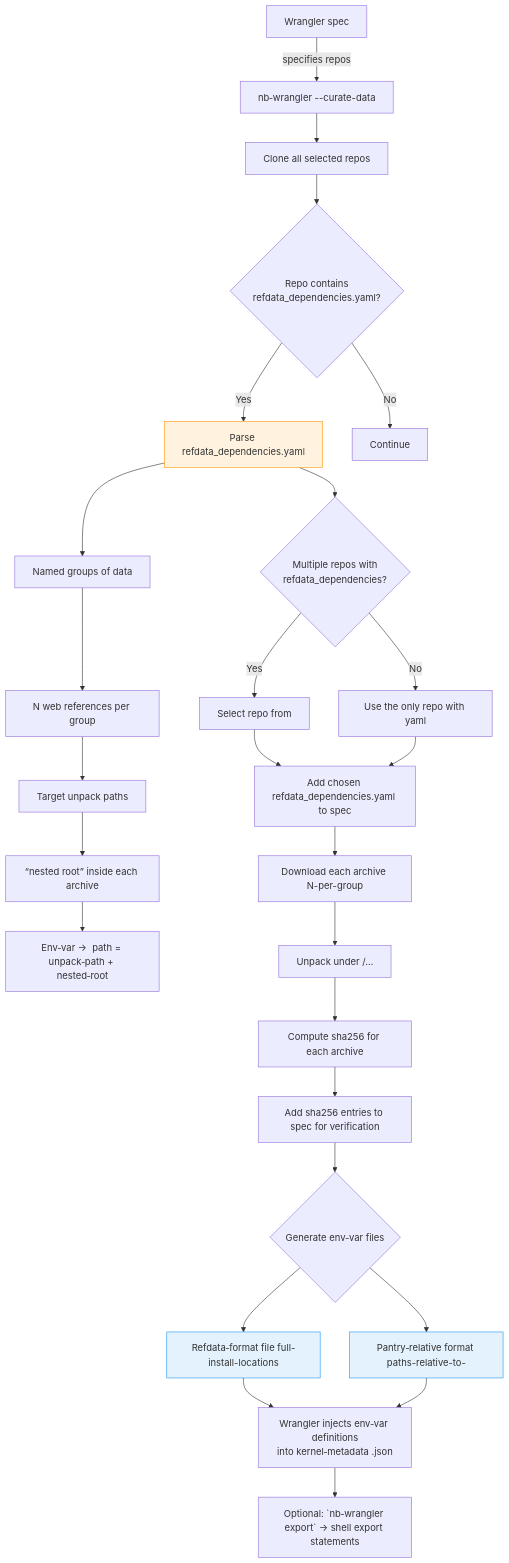
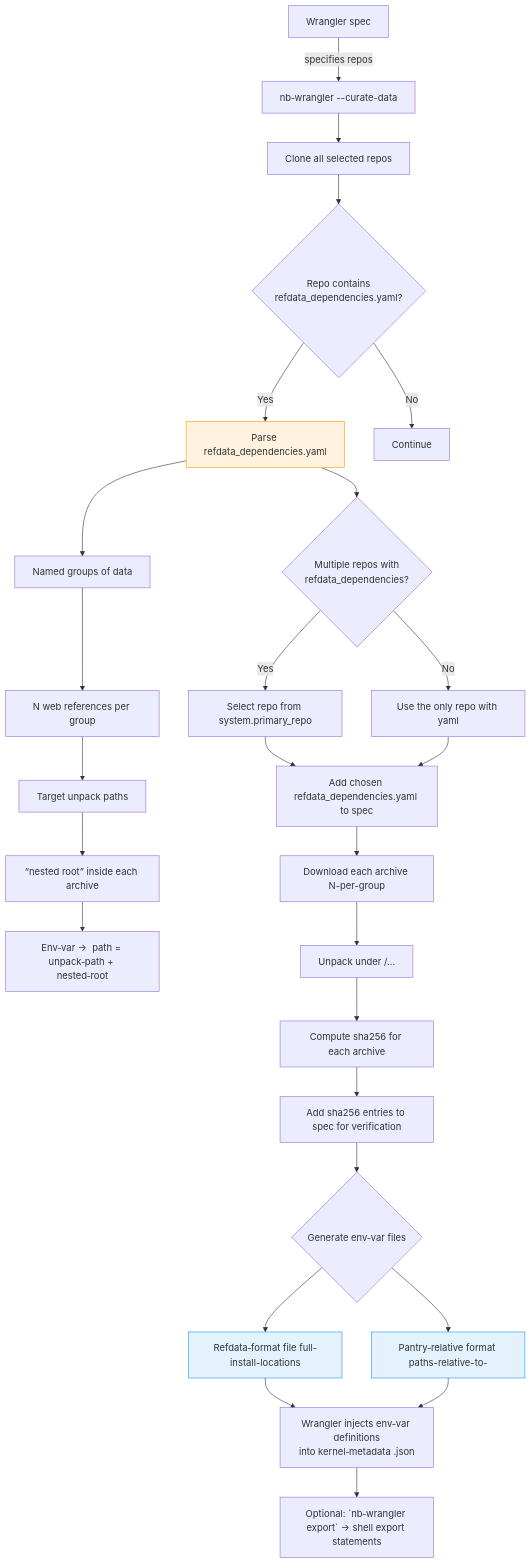
The diagram in docs/data-diagram.mmd (jaytmiller/nb-wrangler), drawn with Mermaid before and after one commit. The commit also changed 2 other files, not shown here.

Commit message:
Updated docs for primary_repo

```diff
--- a/docs/data-diagram.mmd
+++ b/docs/data-diagram.mmd
@@ -1,69 +1,69 @@
 flowchart TD
     %% -------------------------------------------------
     %% 1. Initial spec
     %% -------------------------------------------------
     A[Wrangler spec] -->|specifies repos| B[nb‑wrangler --curate-data]
 
     %% -------------------------------------------------
     %% 2. Clone repos
     %% -------------------------------------------------
     B --> C[ Clone all selected repos]
 
     %% -------------------------------------------------
     %% 3. Process refdata_dependencies.yaml
     %% -------------------------------------------------
     C --> D{Repo contains<br/>refdata_dependencies.yaml?}
     D -- Yes --> E[ Parse refdata_dependencies.yaml]
     D -- No --> F[ Continue ]
 
     %% 3a – inside the yaml file
     E --> G[ Named groups of data]
     G --> H[ N web references per group]
     H --> I[ Target unpack paths]
     I --> J[ “nested root” inside each archive]
     J --> K[ Env‑var → <group‑data‑location> path = unpack‑path + nested‑root]
 
     %% -------------------------------------------------
     %% 4. Choose the “winner” repo when >1 have a yaml
     %% -------------------------------------------------
     E --> L{Multiple repos with<br/>refdata_dependencies?}
-    L -- Yes --> M[Select repo from <system.primary_repo>]
+    L -- Yes --> M[Select repo from system.primary_repo]
     L -- No --> N[Use the only repo with yaml]
     M --> O[Add chosen refdata_dependencies.yaml to spec]
     N --> O
 
     %% -------------------------------------------------
     %% 5. Download & unpack archives (pantry)
     %% -------------------------------------------------
     O --> P[ Download each archive N-per-group ]
     P --> Q[Unpack under <pantry>/… ]
 
     %% -------------------------------------------------
     %% 6. Compute SHA‑256 & record in spec
     %% -------------------------------------------------
     Q --> R[Compute sha256 for each archive]
     R --> S[Add sha256 entries to spec for verification]
 
     %% -------------------------------------------------
     %% 7. Generate environment‑variable files
     %% -------------------------------------------------
     S --> T{Generate env‑var files}
     T --> U[Refdata‑format file full-install-locations]
     T --> V[Pantry‑relative format paths-relative-to-<pantry>]
 
     %% -------------------------------------------------
     %% 8. Inject into kernel & optional shell export
     %% -------------------------------------------------
     U & V --> W[Wrangler injects env‑var definitions<br/>into kernel‑metadata .json]
     W --> X[ Optional: `nb‑wrangler export` → shell export statements]
 
     %% -------------------------------------------------
     %% Styling
     %% -------------------------------------------------
     classDef repo fill:#E8F5E9,stroke:#4CAF50;
     classDef yaml fill:#FFF3E0,stroke:#FF9800;
     classDef env fill:#E3F2FD,stroke:#2196F3;
     class C,D,E,F,G,H,I,J,K,L,M,N,O,P,Q,R,S,T,U,V,W,X classRepo;
     class C,D,F,G,H,I,J,K,L,M,N,O,P,Q,R,S,T classRepo;
     class E yaml;
     class U,V env;
```
